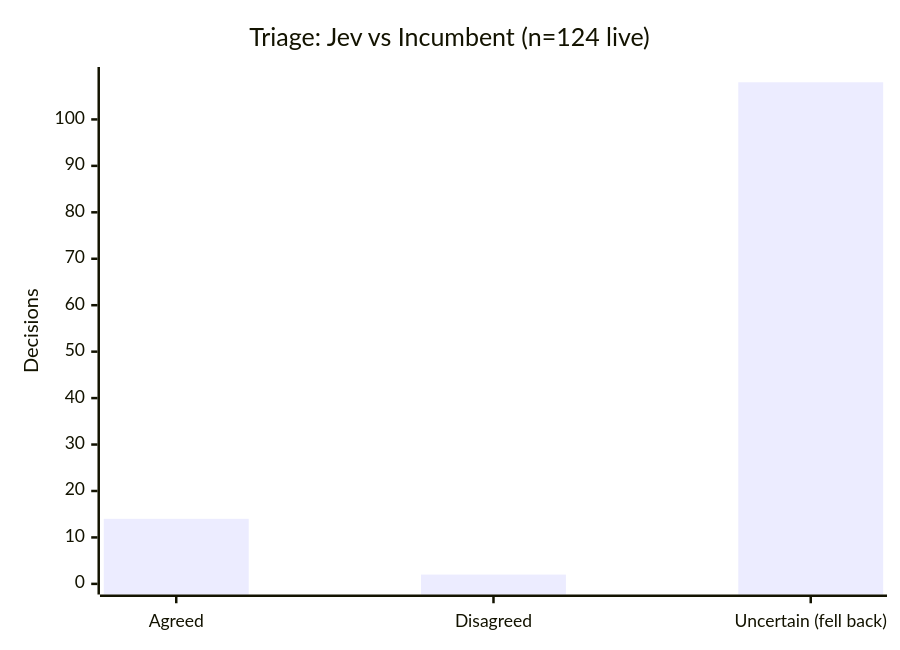
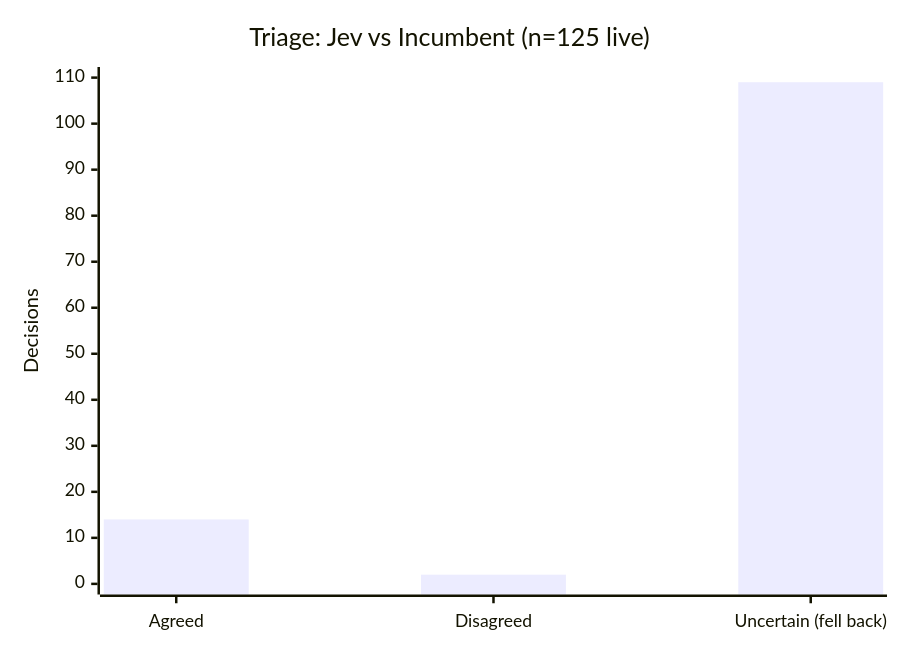
One commit to Sanctum-Origo-Systems/patina changed the first of 4 diagrams in JEV.md. Above: the diagram before and after it, drawn with Mermaid. The commit also changed other lines of this file, not shown here.

Commit message:
chore: update jev report (2026-11-11) (#653)

````diff
--- a/JEV.md
+++ b/JEV.md
@@ -9,7 +9,7 @@
 ```mermaid
 xychart-beta
-    title "Triage: Jev vs Incumbent (n=124 live)"
+    title "Triage: Jev vs Incumbent (n=125 live)"
     x-axis ["Agreed", "Disagreed", "Uncertain (fell back)"]
-    y-axis "Decisions" 0 --> 109
-    bar [14, 2, 108]
+    y-axis "Decisions" 0 --> 110
+    bar [14, 2, 109]
 ```
````
